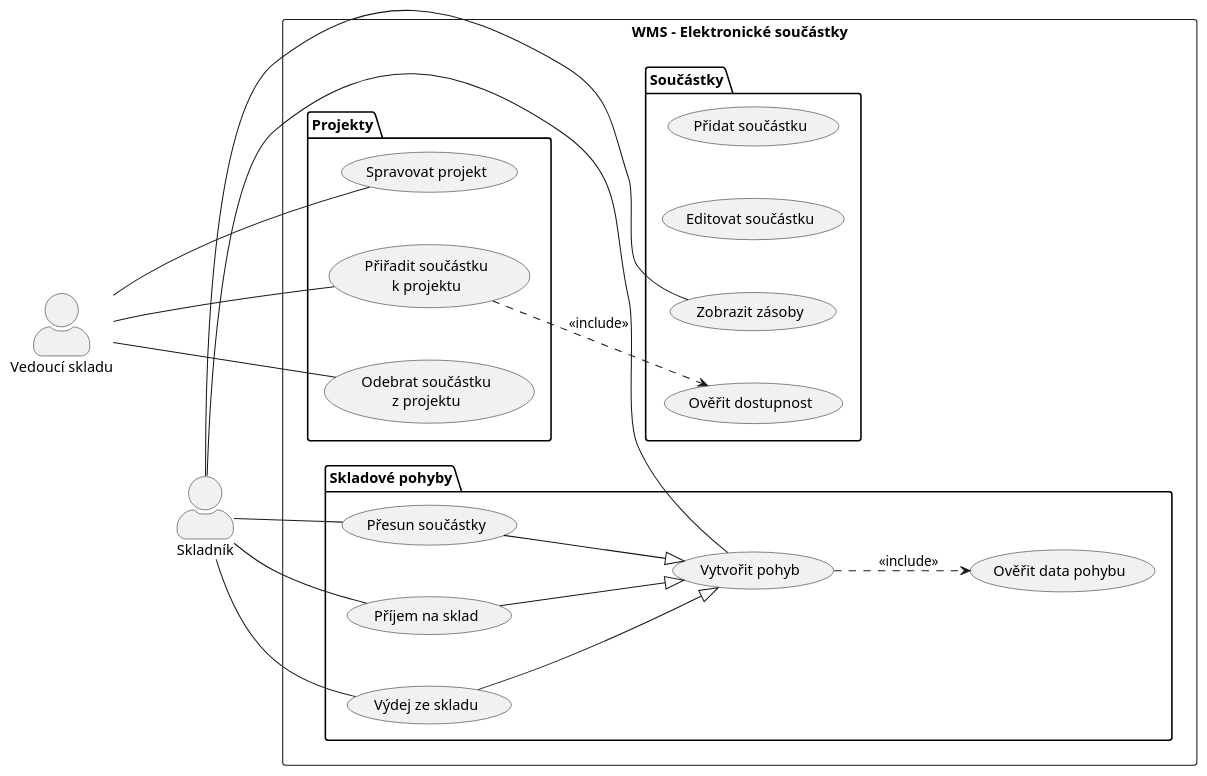
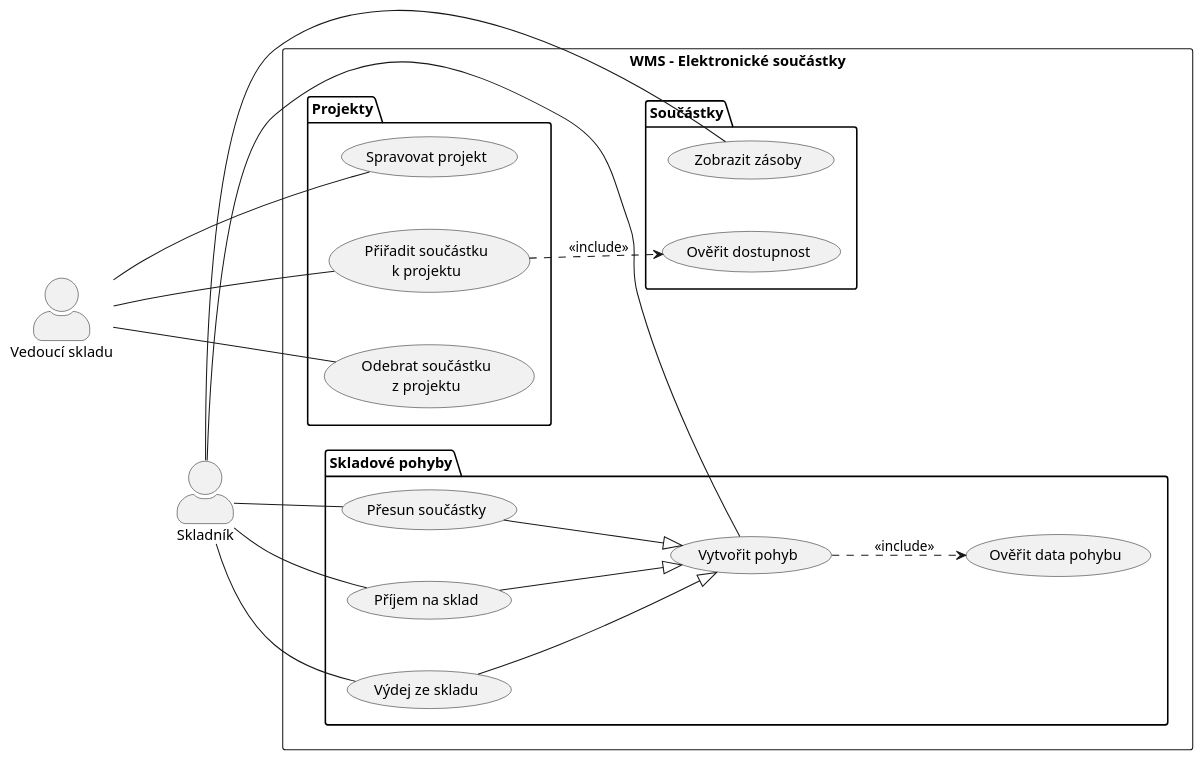
The diagram in diagrams/01_use_case.puml (lkvapil/kOdevzdaniProjektWMS), drawn with PlantUML before and after one commit. The commit also changed 11 other files, not shown here.

Commit message:
feat: class diagram v3 layout, use case vycisten

```diff
--- a/diagrams/01_use_case.puml
+++ b/diagrams/01_use_case.puml
@@ -1,57 +1,55 @@
 @startuml 01_use_case
 left to right direction
 skinparam actorStyle awesome
 skinparam nodesep 50
 skinparam ranksep 60
 skinparam packagePadding 10
 
 actor "Vedoucí skladu" as Vedouci
 actor "Skladník" as Skladnik
 
 Vedouci -[hidden]down- Skladnik
 
 rectangle "WMS – Elektronické součástky" {
 
   package "Projekty" {
     usecase "Spravovat projekt" as UC_PROJEKT
     usecase "Přiřadit součástku\nk projektu" as UC_PRIRADIT
     usecase "Odebrat součástku\nz projektu" as UC_ODEBRAT
   }
 
   package "Součástky" {
-    usecase "Přidat součástku" as UC_ADD
-    usecase "Editovat součástku" as UC_EDIT
     usecase "Zobrazit zásoby" as UC_ZASOBY
     usecase "Ověřit dostupnost" as UC_DOSTUPNOST
   }
 
   package "Skladové pohyby" {
     usecase "Vytvořit pohyb" as UC_POHYB
     usecase "Ověřit data pohybu" as UC_OVERIT
     usecase "Příjem na sklad" as UC_PRIJEM
     usecase "Výdej ze skladu" as UC_VYDEJ
     usecase "Přesun součástky" as UC_PRESUN
   }
 
 }
 
 Vedouci -- UC_PROJEKT
 Vedouci -- UC_PRIRADIT
 Vedouci -- UC_ODEBRAT
 
 Skladnik -- UC_PRIJEM
 Skladnik -- UC_VYDEJ
 Skladnik -- UC_PRESUN
 Skladnik -- UC_ZASOBY
 Skladnik -- UC_POHYB
 
 ' include
 UC_POHYB    ..> UC_OVERIT     : <<include>>
 UC_PRIRADIT ..> UC_DOSTUPNOST : <<include>>
 
 ' generalizace místo extend – specifické varianty pohybu
 UC_PRIJEM --|> UC_POHYB
 UC_VYDEJ  --|> UC_POHYB
 UC_PRESUN --|> UC_POHYB
 
 @enduml
```
